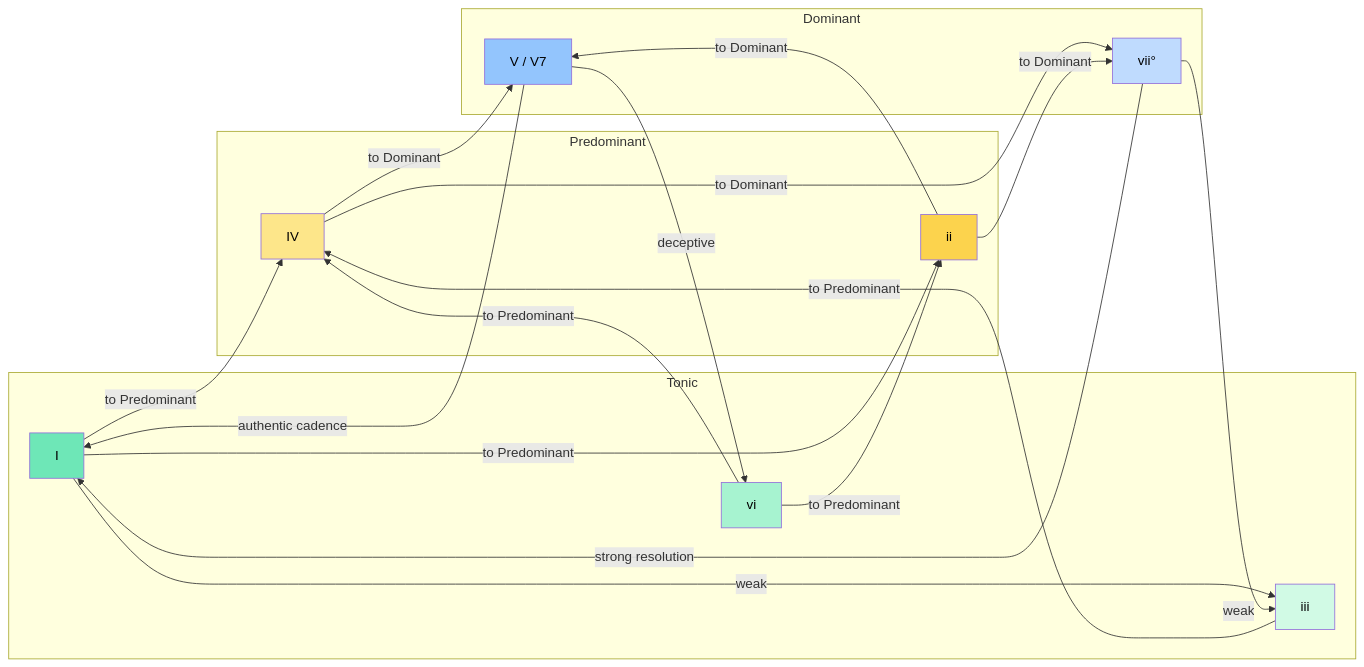
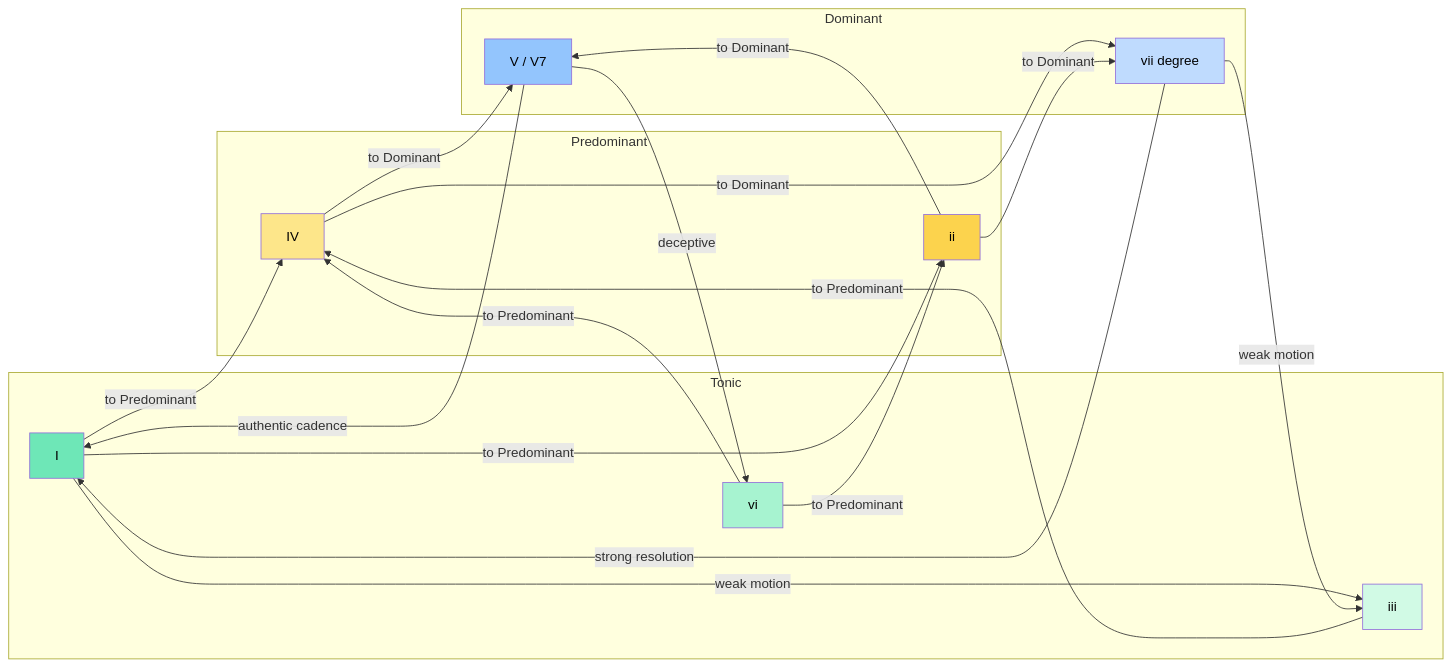
The second of 3 diagrams in topics/arts/music_performance/piano/lesson_03_diatonic_chords_and_voice_leading.md (blebleblee/synapse), drawn with Mermaid before and after one commit. The commit also changed other lines of this file and 4 other files, not shown here.

````diff
--- a/topics/arts/music_performance/piano/lesson_03_diatonic_chords_and_voice_leading.md
+++ b/topics/arts/music_performance/piano/lesson_03_diatonic_chords_and_voice_leading.md
@@ -217,41 +202,41 @@
 ```mermaid
 graph LR
     subgraph sub_t ["Tonic"]
         I["I"]
         vi["vi"]
         iii["iii"]
     end
 
     subgraph sub_pd ["Predominant"]
         IV["IV"]
         ii["ii"]
     end
 
     subgraph sub_d ["Dominant"]
         V["V / V7"]
-        vii["vii°"]
+        vii["vii degree"]
     end
 
     I -->|"to Predominant"| IV
     I -->|"to Predominant"| ii
-    I -->|"weak"| iii
+    I -->|"weak motion"| iii
     vi -->|"to Predominant"| ii
     vi -->|"to Predominant"| IV
     iii -->|"to Predominant"| IV
     IV -->|"to Dominant"| V
     IV -->|"to Dominant"| vii
     ii -->|"to Dominant"| V
     ii -->|"to Dominant"| vii
     V -->|"authentic cadence"| I
     V -->|"deceptive"| vi
     vii -->|"strong resolution"| I
-    vii -->|"weak"| iii
+    vii -->|"weak motion"| iii
 
     style I fill:#6EE7B7,color:#000
     style vi fill:#A7F3D0,color:#000
     style iii fill:#D1FAE5,color:#000
     style IV fill:#FDE68A,color:#000
     style ii fill:#FCD34D,color:#000
     style V fill:#93C5FD,color:#000
     style vii fill:#BFDBFE,color:#000
 ```
````
